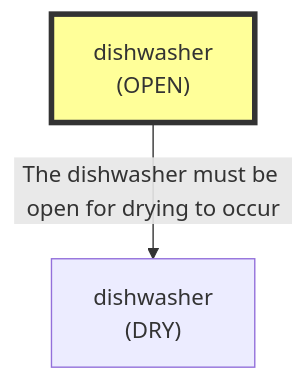
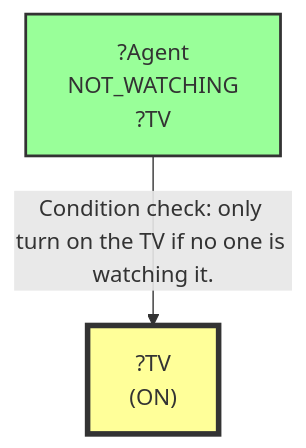
Before and after one commit to scuama/virtualhome: the third of 12 diagrams in evaluation/results/table2/robostate/non_stationarity/low/E_DYN_G02_S3_low/run_E_DYN_G02_S3_low.md, drawn with Mermaid. The commit also changed other lines of this file and 108 other files, not shown here.

````diff
--- a/evaluation/results/table2/robostate/non_stationarity/low/E_DYN_G02_S3_low/run_E_DYN_G02_S3_low.md
+++ b/evaluation/results/table2/robostate/non_stationarity/low/E_DYN_G02_S3_low/run_E_DYN_G02_S3_low.md
@@ -305,7 +220,8 @@
 ```mermaid
 graph TD
-    N1["dishwasher<br>(OPEN)"]
+    N1["?TV<br>(ON)"]
     style N1 fill:#ff9,stroke:#333,stroke-width:4px
-    N2["dishwasher<br>(DRY)"]
-    N1 -->|"The dishwasher must be open for drying to occur"| N2
+    N2["?Agent<br>NOT_WATCHING<br>?TV"]
+    style N2 fill:#9f9,stroke:#333,stroke-width:2px
+    N2 -->|"Condition check: only turn on the TV if no one is watching it."| N1
 ```
````
